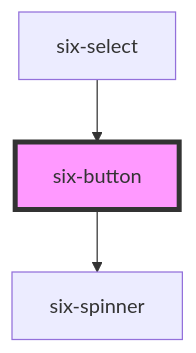
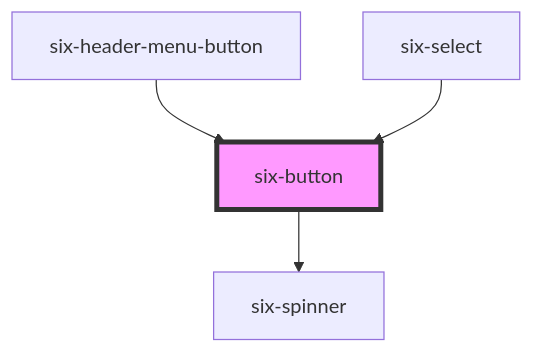
Before and after one commit to six-group/six-webcomponents: the diagram in docs/components/six-button.md, drawn with Mermaid. The commit also changed other lines of this file and 75 other files, not shown here.

````diff
--- a/docs/components/six-button.md
+++ b/docs/components/six-button.md
@@ -356,6 +357,7 @@
 ```mermaid
 graph TD;
   six-button --> six-spinner
+  six-header-menu-button --> six-button
   six-select --> six-button
   style six-button fill:#f9f,stroke:#333,stroke-width:4px
 ```
````
